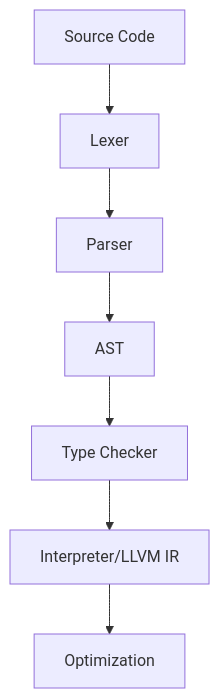
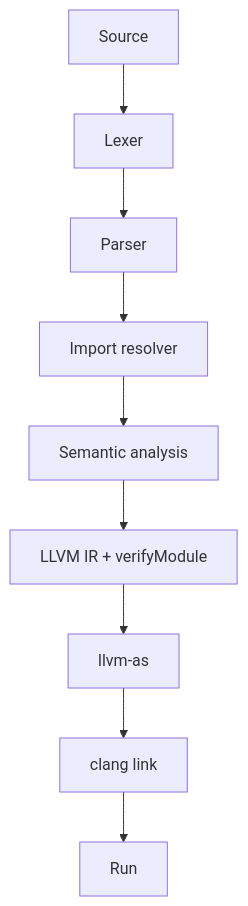
Before and after one commit to tspp-io/tspp-compiler: the diagram in docs/pipeline.md, drawn with Mermaid. The commit also changed other lines of this file and 6 other files, not shown here.

First line of the commit message:
docs: make grammar, language, architecture and setup docs match the code

````diff
--- a/docs/pipeline.md
+++ b/docs/pipeline.md
@@ -24,9 +23,11 @@
 ```mermaid
 flowchart TD
-    A[Source Code] --> B[Lexer]
+    A[Source] --> B[Lexer]
     B --> C[Parser]
-    C --> D[AST]
-    D --> E[Type Checker]
-    E --> F[Interpreter/LLVM IR]
-    F --> G[Optimization]
+    C --> D[Import resolver]
+    D --> E[Semantic analysis]
+    E --> F[LLVM IR + verifyModule]
+    F --> G[llvm-as]
+    G --> H[clang link]
+    H --> I[Run]
 ```
````
